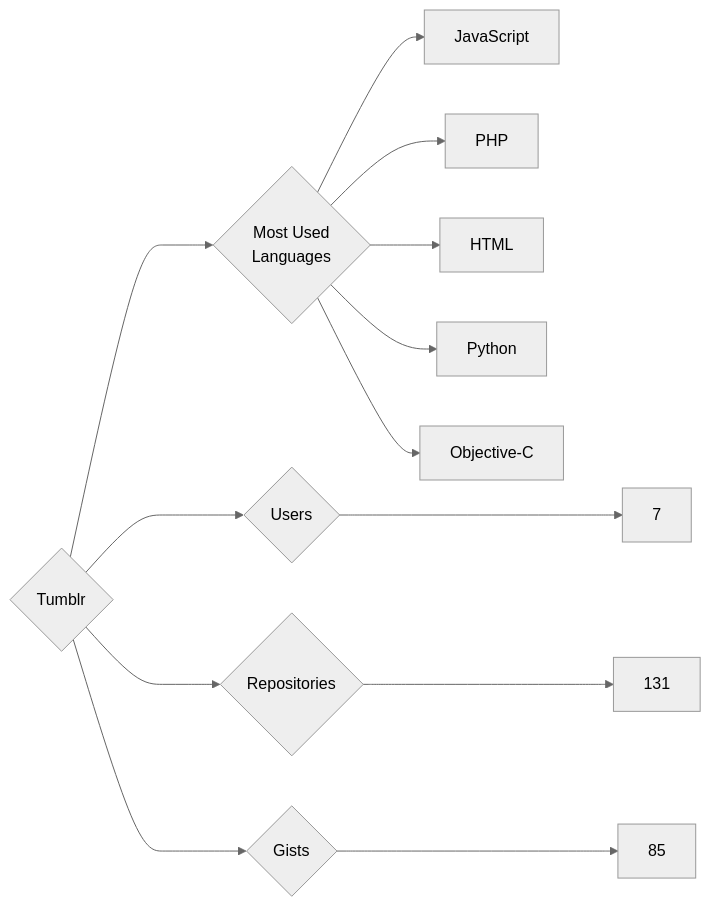
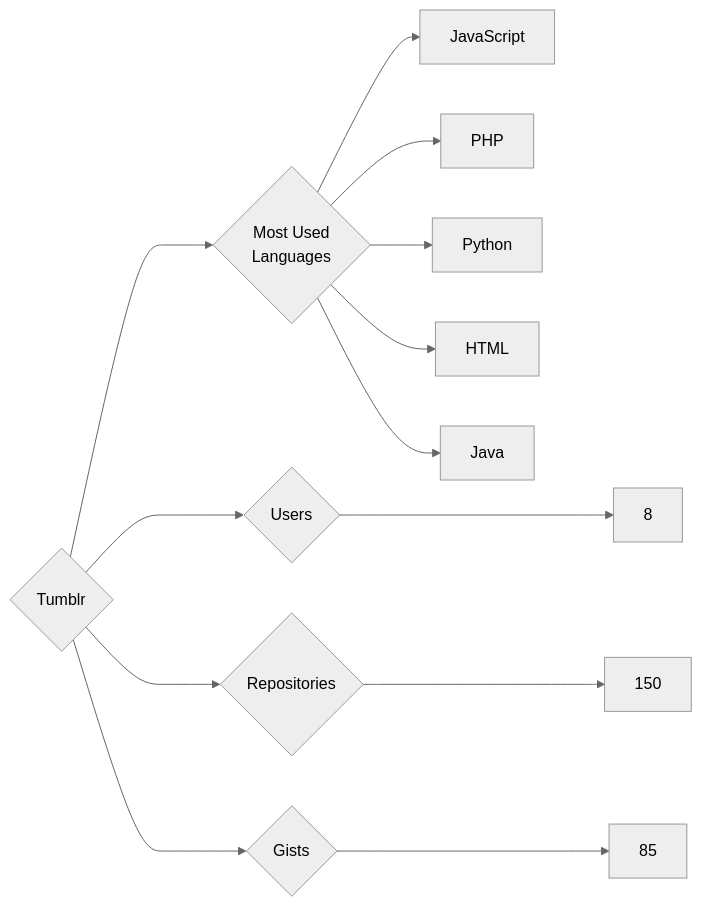
The diagram in targets/Tumblr/README.md (trickest/insiders), drawn with Mermaid (neutral theme) before and after one commit. The commit also changed 806 other files, not shown here.

````diff
--- a/targets/Tumblr/README.md
+++ b/targets/Tumblr/README.md
@@ -3,13 +3,13 @@
 ```mermaid
 graph LR
 COMPANY_NAME{Tumblr}
-COMPANY_NAME ---> U{Users} ---> UN[7]
-COMPANY_NAME ---> R{Repositories} ---> RN[131]
+COMPANY_NAME ---> U{Users} ---> UN[8]
+COMPANY_NAME ---> R{Repositories} ---> RN[150]
 COMPANY_NAME ---> G{Gists} ---> GN[85]
 COMPANY_NAME ---> ML{Most Used<br>Languages}
 ML --> JavaScript[JavaScript]
 ML --> PHP[PHP]
+ML --> Python[Python]
 ML --> HTML[HTML]
-ML --> Python[Python]
-ML --> Objective-C[Objective-C]
+ML --> Java[Java]
 ```
````
